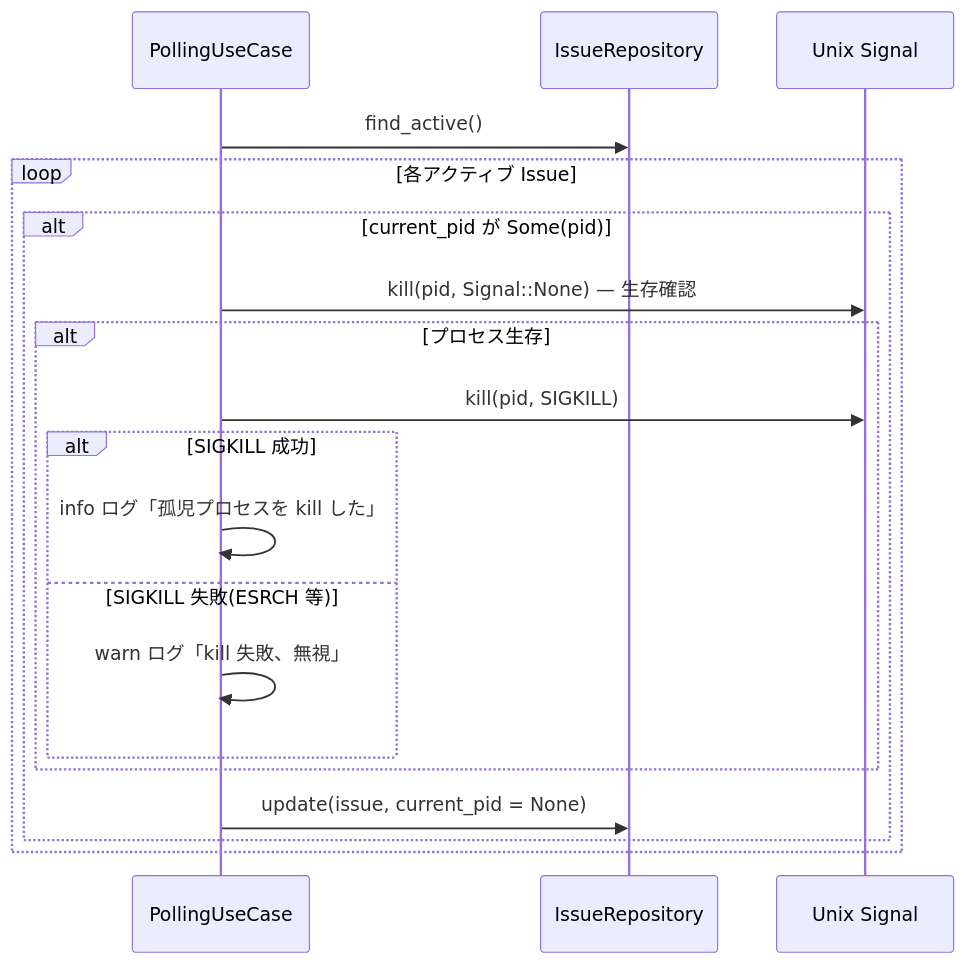
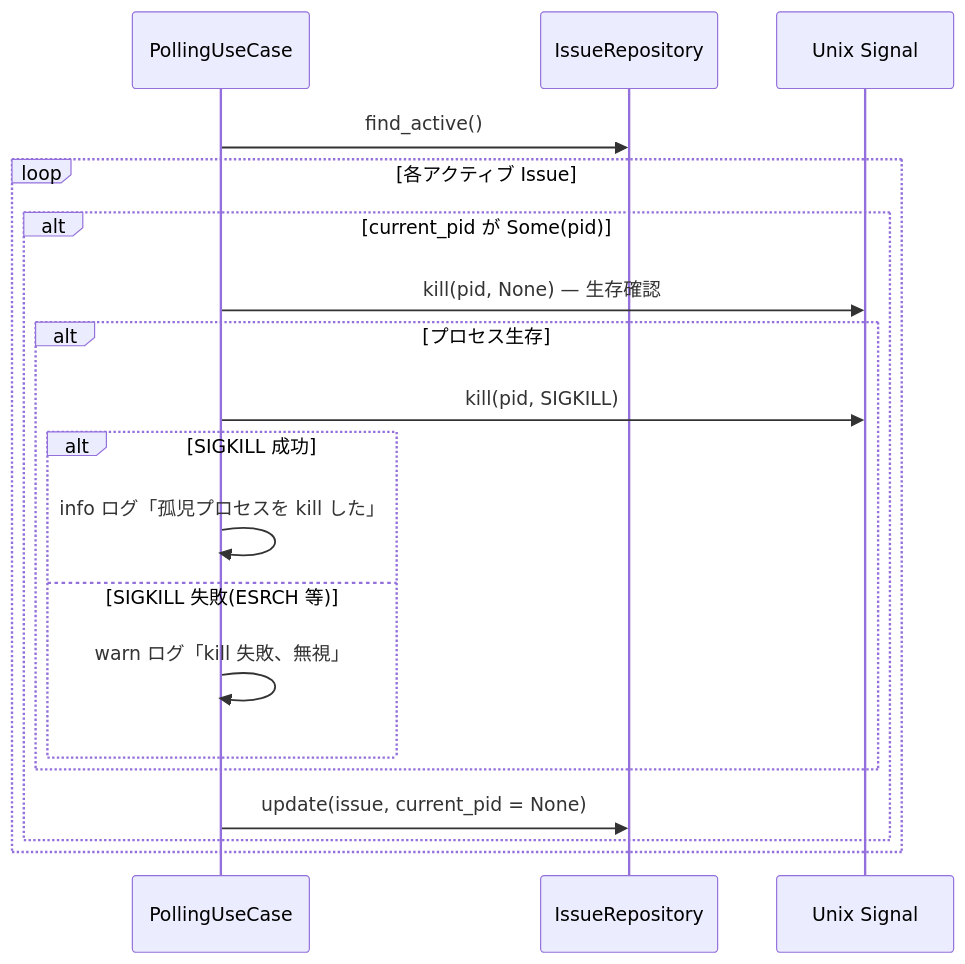
The third of 3 diagrams in .cupola/specs/fix-process-leak/design.md (kyuki3rain/cupola), drawn with Mermaid before and after one commit. The commit also changed other lines of this file and 1 other file, not shown here.

````diff
--- a/.cupola/specs/fix-process-leak/design.md
+++ b/.cupola/specs/fix-process-leak/design.md
@@ -101,22 +101,22 @@
 ```mermaid
 sequenceDiagram
     participant PUC as PollingUseCase
     participant Repo as IssueRepository
     participant OS as Unix Signal
 
     PUC->>Repo: find_active()
     loop 各アクティブ Issue
         alt current_pid が Some(pid)
-            PUC->>OS: kill(pid, Signal::None) — 生存確認
+            PUC->>OS: kill(pid, None) — 生存確認
             alt プロセス生存
                 PUC->>OS: kill(pid, SIGKILL)
                 alt SIGKILL 成功
                     PUC->>PUC: info ログ「孤児プロセスを kill した」
                 else SIGKILL 失敗(ESRCH 等)
                     PUC->>PUC: warn ログ「kill 失敗、無視」
                 end
             end
             PUC->>Repo: update(issue, current_pid = None)
         end
     end
 ```
````
